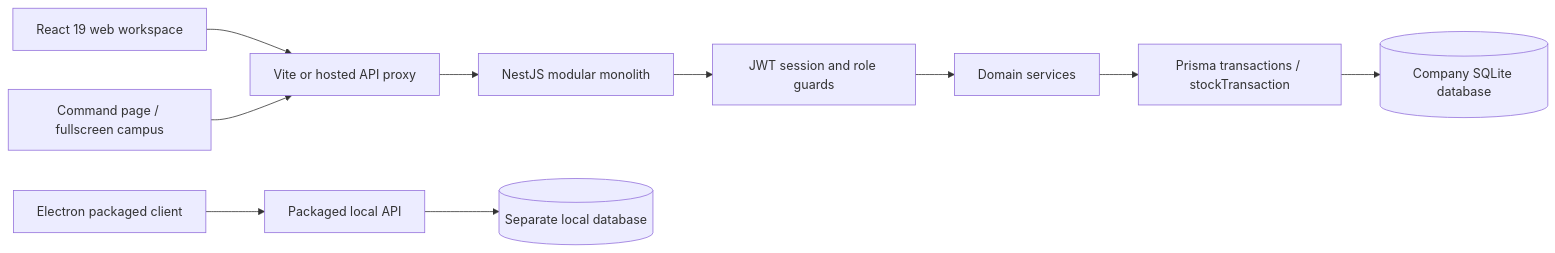
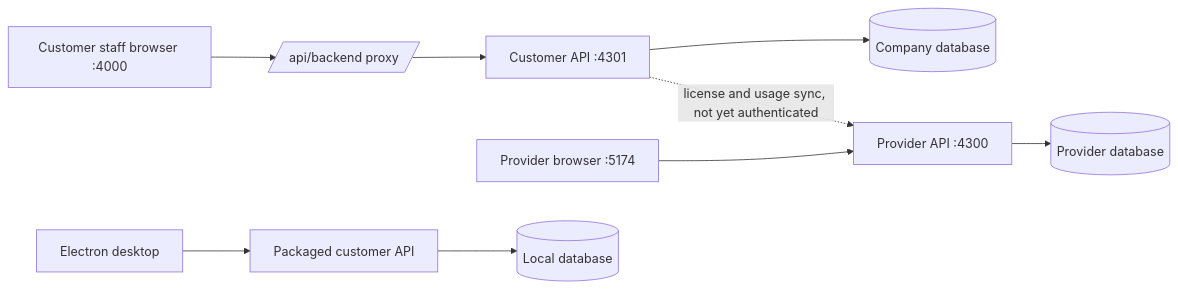
Before and after one commit to gokulsenthilkumar3/Evergreen: the diagram in docs/ARCHITECTURE.md, drawn with Mermaid. The commit also changed other lines of this file and 1147 other files, not shown here.

````diff
--- a/docs/ARCHITECTURE.md
+++ b/docs/ARCHITECTURE.md
@@ -350,12 +9,11 @@
 ```mermaid
 flowchart LR
-  Browser[React 19 web workspace] --> Proxy[Vite or hosted API proxy]
-  TV[Command page / fullscreen campus] --> Proxy
-  Desktop[Electron packaged client] --> LocalAPI[Packaged local API]
-  Proxy --> API[NestJS modular monolith]
-  API --> Guards[JWT session and role guards]
-  Guards --> Services[Domain services]
-  Services --> Transactions[Prisma transactions / stockTransaction]
-  Transactions --> DB[(Company SQLite database)]
-  LocalAPI --> LocalDB[(Separate local database)]
+  Staff[Customer staff browser :4000] --> Proxy[/api/backend proxy/]
+  Proxy --> Tenant[Customer API :4301]
+  Tenant --> TenantDB[(Company database)]
+  Operator[Provider browser :5174] --> Provider[Provider API :4300]
+  Provider --> ProviderDB[(Provider database)]
+  Tenant -. license and usage sync, not yet authenticated .-> Provider
+  Desktop[Electron desktop] --> LocalAPI[Packaged customer API]
+  LocalAPI --> LocalDB[(Local database)]
 ```
````
